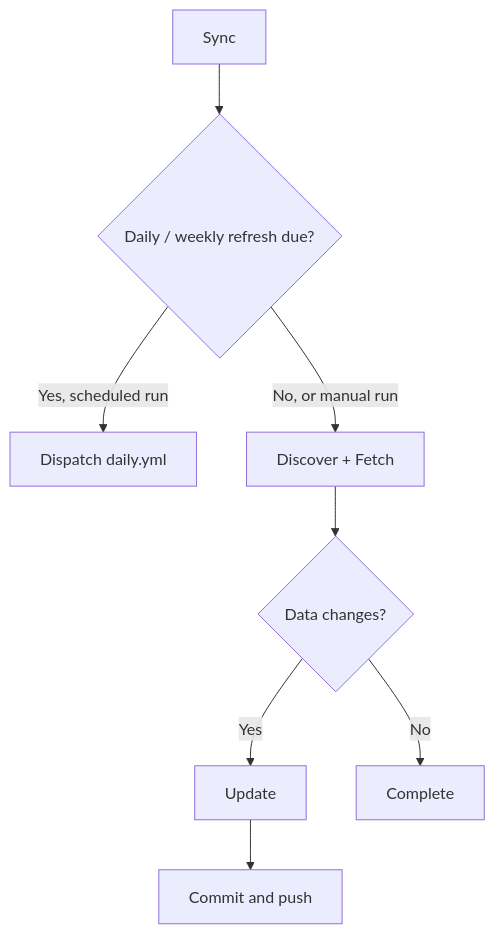
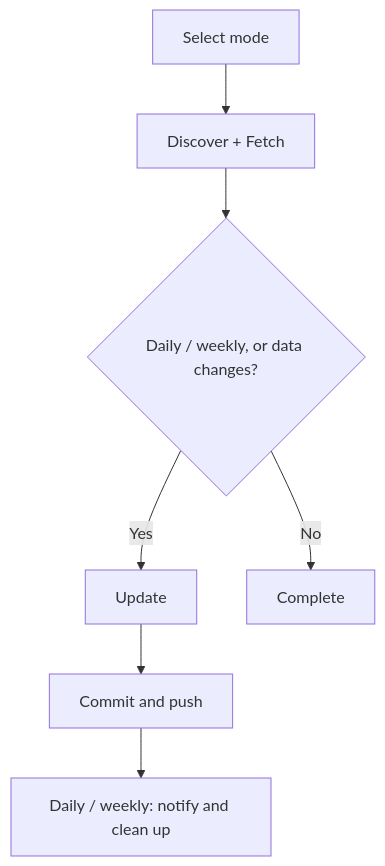
One commit to nvbangg/awesome-morphe changed the diagram in CONTRIBUTING.md. Above: the diagram before and after it, drawn with Mermaid. The commit also changed other lines of this file and 2 other files, not shown here.

Commit message:
refactor: unify sync workflows

````diff
--- a/CONTRIBUTING.md
+++ b/CONTRIBUTING.md
@@ -29,10 +29,9 @@
 ```mermaid
 flowchart TD
-    A["Sync"] --> B{"Daily / weekly refresh due?"}
-    B -->|Yes, scheduled run| C["Dispatch daily.yml"]
-    B -->|No, or manual run| D["Discover + Fetch"]
-    D --> E{"Data changes?"}
-    E -->|Yes| F["Update"]
-    F --> G["Commit and push"]
-    E -->|No| H[Complete]
+    A["Select mode"] --> B["Discover + Fetch"]
+    B --> C{"Daily / weekly, or data changes?"}
+    C -->|Yes| D["Update"]
+    D --> E["Commit and push"]
+    E --> F["Daily / weekly: notify and clean up"]
+    C -->|No| G[Complete]
 ```
````
